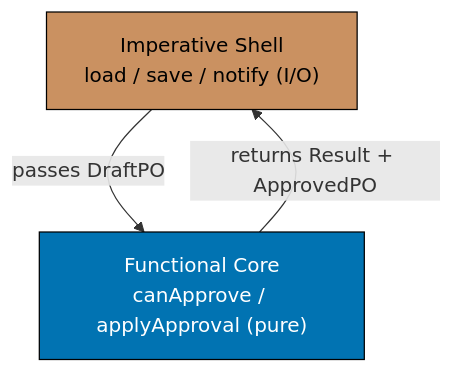
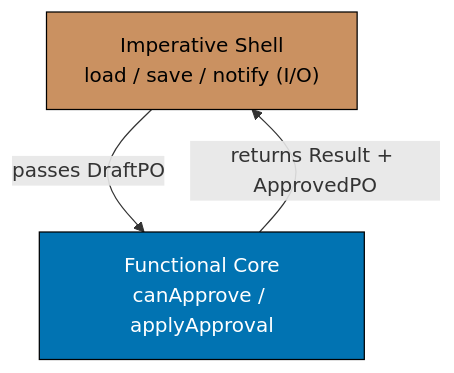
Diagram 13 of 14 in apps/ayokoding-web/content/en/learn/software-engineering/software-architecture/domain-driven-design-ddd/in-fp-by-example/intermediate.md (wahidyankf/open-sharia-enterprise), drawn with Mermaid before and after one commit. The commit also changed other lines of this file and 11 other files, not shown here.

First line of the commit message:
fix(ayokoding-web): repair 28 mermaid violations in expansion files

````diff
--- a/apps/ayokoding-web/content/en/learn/software-engineering/software-architecture/domain-driven-design-ddd/in-fp-by-example/intermediate.md
+++ b/apps/ayokoding-web/content/en/learn/software-engineering/software-architecture/domain-driven-design-ddd/in-fp-by-example/intermediate.md
@@ -5752,10 +5792,10 @@
 ```mermaid
 graph TD
     Shell["Imperative Shell\nload / save / notify (I/O)"]
-    Core["Functional Core\ncanApprove / applyApproval (pure)"]
+    Core["Functional Core\ncanApprove / applyApproval"]
     Shell -->|"passes DraftPO"| Core
     Core -->|"returns Result<unit, string> + ApprovedPO"| Shell
 
     style Shell fill:#CA9161,stroke:#000,color:#000
     style Core fill:#0173B2,stroke:#000,color:#fff
 ```
````
